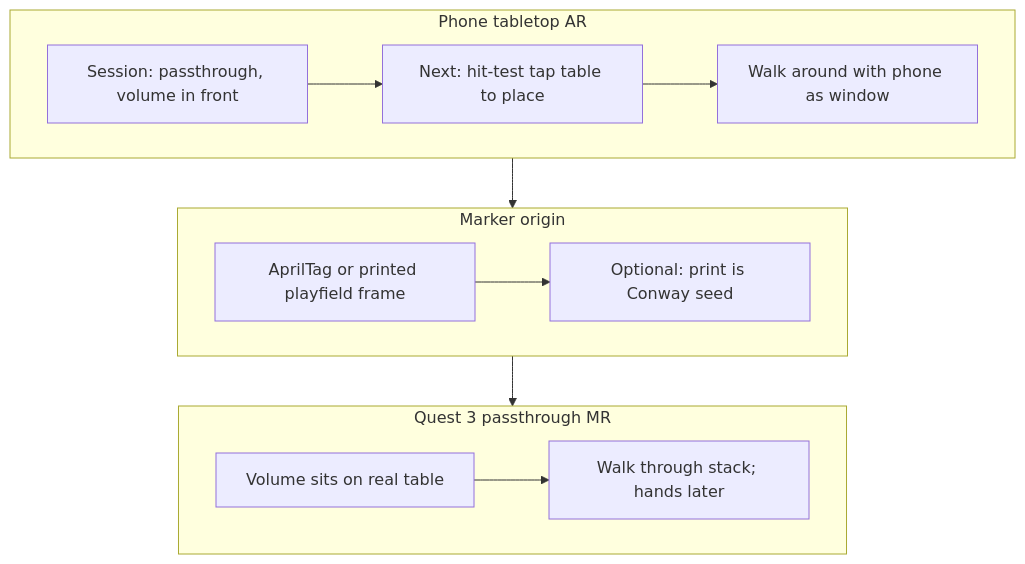
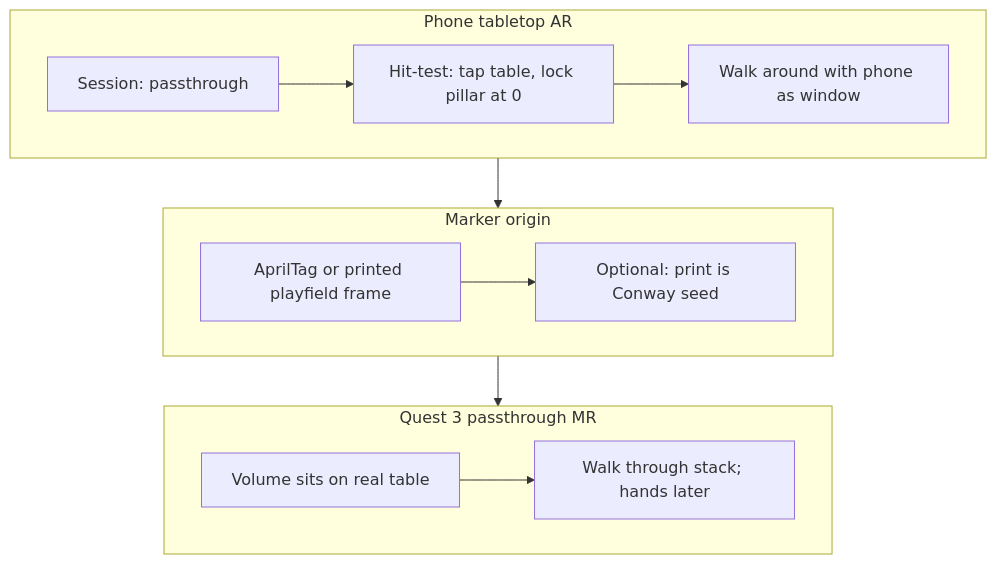
One commit to PiMaV/DONNER changed diagram 18 of 18 in architecture.md. Above: the diagram before and after it, drawn with Mermaid. The commit also changed other lines of this file and 14 other files, not shown here.

Commit message:
Place XR-A on a table as a locked pillar so Play grows time upward from gen 0, and start Conway paused on R-pentomino.

````diff
--- a/architecture.md
+++ b/architecture.md
@@ -621,21 +625,21 @@
 ```mermaid
 flowchart TB
   subgraph phone [Phone tabletop AR]
-    sess[Session: passthrough, volume in front]
-    hit[Next: hit-test tap table to place]
+    sess[Session: passthrough]
+    hit[Hit-test: tap table, lock pillar at 0]
     walk[Walk around with phone as window]
     sess --> hit --> walk
   end
   subgraph marker [Marker origin]
     tag[AprilTag or printed playfield frame]
     seed[Optional: print is Conway seed]
     tag --> seed
   end
   subgraph quest [Quest 3 passthrough MR]
     table[Volume sits on real table]
     explore[Walk through stack; hands later]
     table --> explore
   end
   phone --> marker
   marker --> quest
 ```
````
